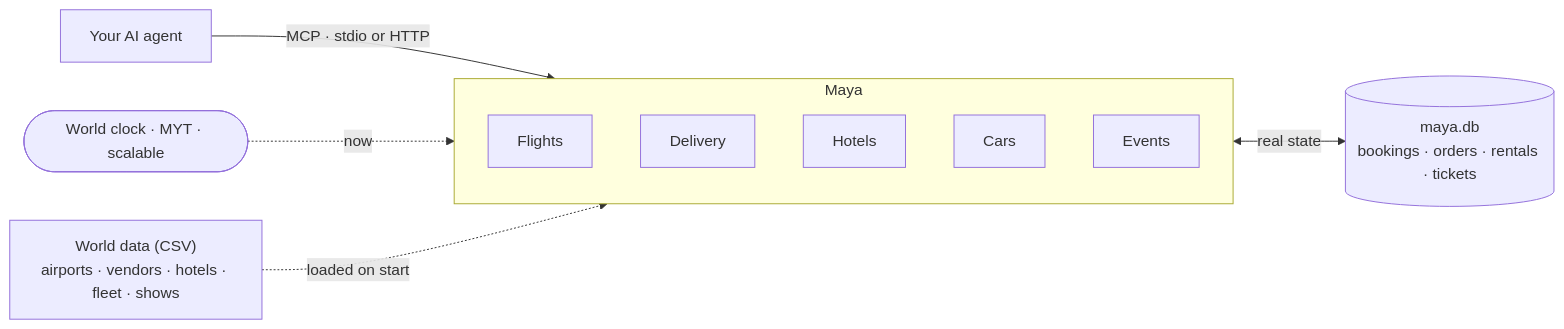
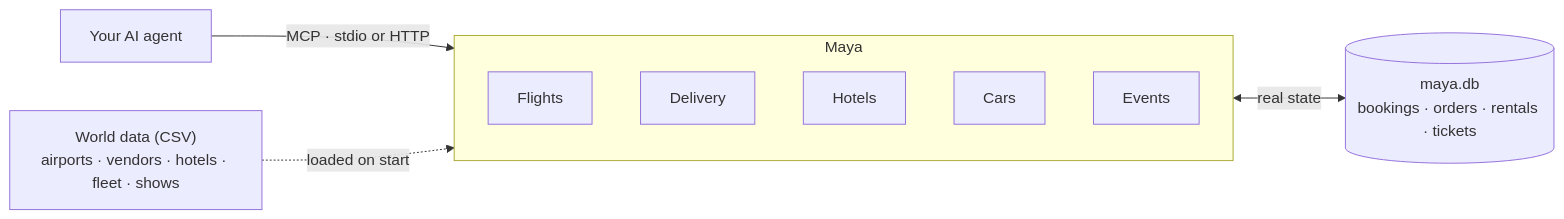
The diagram in README.md (shvinn/maya), drawn with Mermaid before and after one commit. The commit also changed other lines of this file, not shown here.

First line of the commit message:
README: three working MCP client setups, and a simpler diagram (#10)

````diff
--- a/README.md
+++ b/README.md
@@ -40,17 +40,15 @@
 ```mermaid
 flowchart LR
     agent["Your AI agent"] -->|"MCP · stdio or HTTP"| maya
 
     subgraph maya["Maya"]
         flights["Flights"]
         delivery["Delivery"]
         hotels["Hotels"]
         cars["Cars"]
         events["Events"]
     end
 
-    clock(["World clock · MYT · scalable"]) -.->|"now"| maya
-
     csv["World data (CSV)<br/>airports · vendors · hotels · fleet · shows"] -.->|"loaded on start"| maya
     maya <-->|"real state"| db[("maya.db<br/>bookings · orders · rentals · tickets")]
 ```
````
